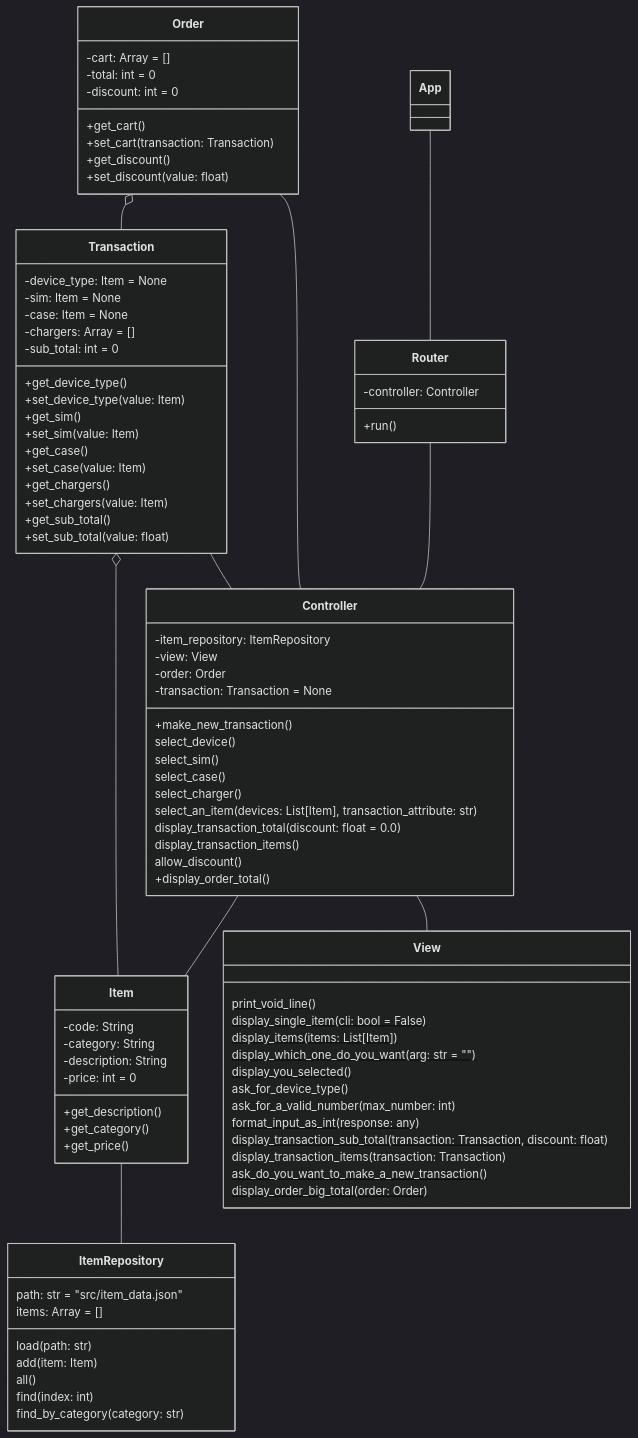
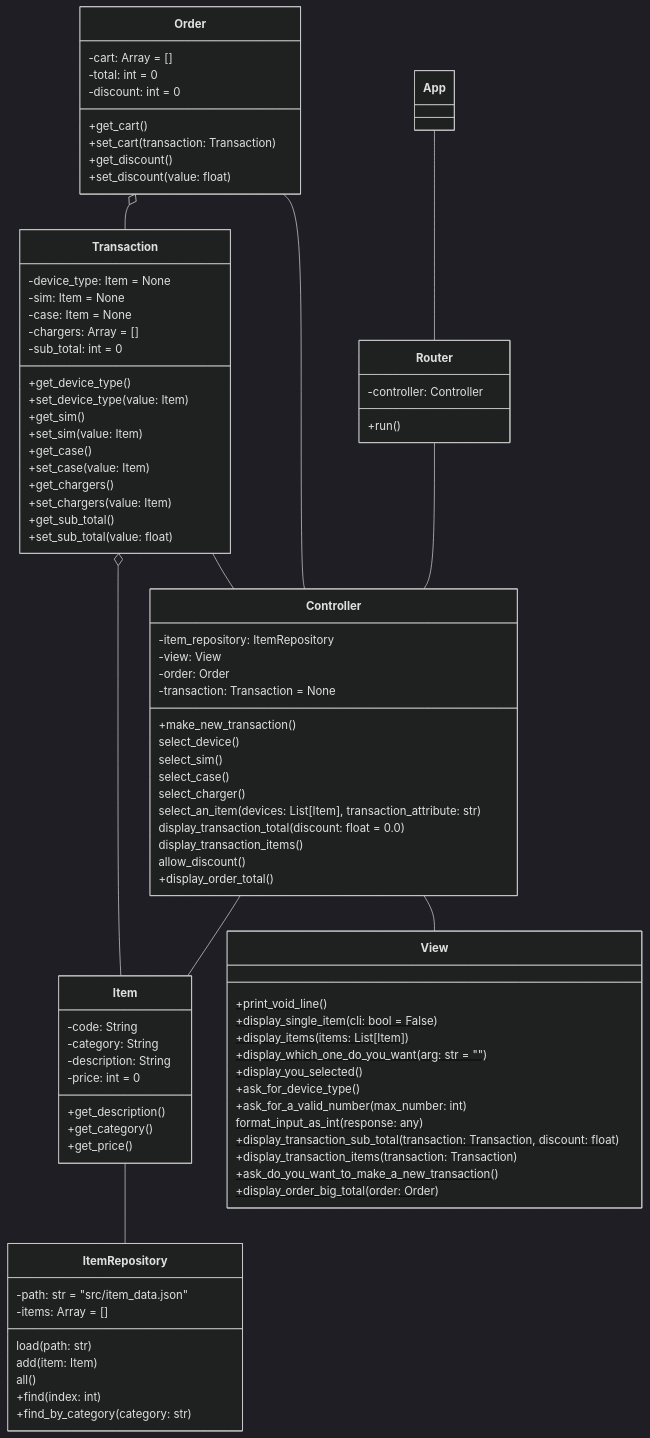
One commit to matbgn/terminal-shop changed the diagram in docs/README.md. Above: the diagram before and after it, drawn with Mermaid (dark theme). The commit also changed 3 other files, not shown here.

````diff
--- a/docs/README.md
+++ b/docs/README.md
@@ -97,27 +97,27 @@
     }
     
     class ItemRepository {
-        path: str = "src/item_data.json"
-        items: Array<Item> = []
+        -path: str = "src/item_data.json"
+        -items: Array<Item> = []
         load(path: str)
         add(item: Item)
         all()
-        find(index: int)
-        find_by_category(category: str)
+        +find(index: int)
+        +find_by_category(category: str)
     }
     
     class View {
-        print_void_line()$
-        display_single_item(cli: bool = False)$
-        display_items(items: List[Item])$
-        display_which_one_do_you_want(arg: str = "")$
-        display_you_selected()$
-        ask_for_device_type()
-        ask_for_a_valid_number(max_number: int)
+        +print_void_line()$
+        +display_single_item(cli: bool = False)$
+        +display_items(items: List[Item])$
+        +display_which_one_do_you_want(arg: str = "")$
+        +display_you_selected()$
+        +ask_for_device_type()
+        +ask_for_a_valid_number(max_number: int)
         format_input_as_int(response: any)$
-        display_transaction_sub_total(transaction: Transaction, discount: float)$
-        display_transaction_items(transaction: Transaction)
-        ask_do_you_want_to_make_a_new_transaction()$
-        display_order_big_total(order: Order)$
+        +display_transaction_sub_total(transaction: Transaction, discount: float)$
+        +display_transaction_items(transaction: Transaction)
+        +ask_do_you_want_to_make_a_new_transaction()$
+        +display_order_big_total(order: Order)$
     }
 ```
````
